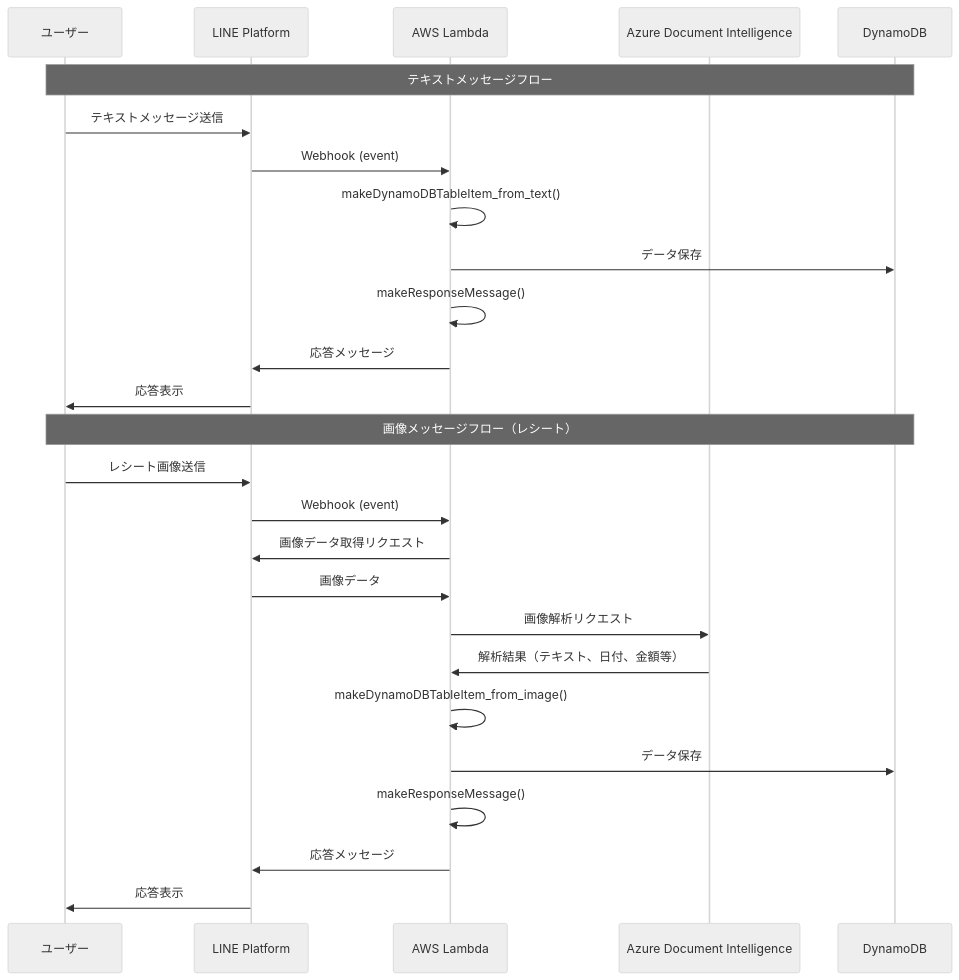
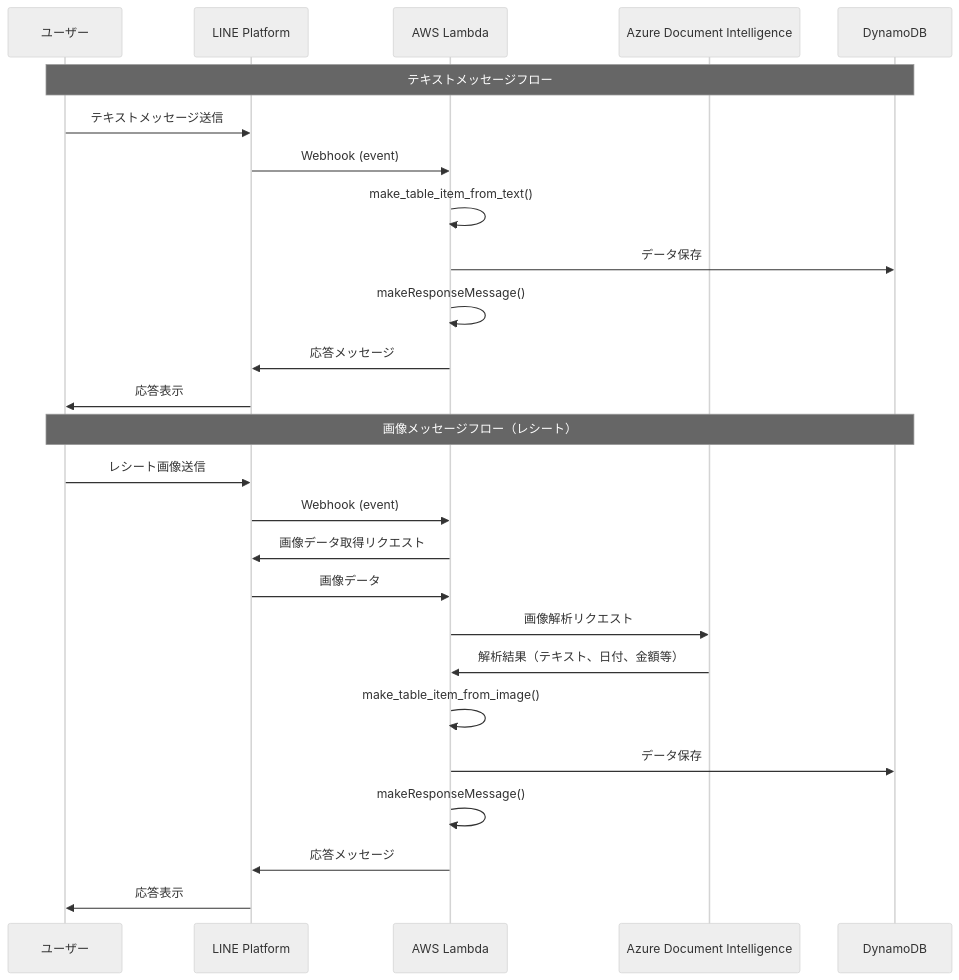
Before and after one commit to kobashin/KakeiBot: the first of 2 diagrams in README.md, drawn with Mermaid (neutral theme). The commit also changed other lines of this file, not shown here.

Commit message:
READMEを微調整

````diff
--- a/README.md
+++ b/README.md
@@ -24,30 +24,30 @@
 ```mermaid
 sequenceDiagram
     participant User as ユーザー
     participant LINE as LINE Platform
     participant Lambda as AWS Lambda
     participant Azure as Azure Document Intelligence
     participant DynamoDB as DynamoDB
 
     Note over User,DynamoDB: テキストメッセージフロー
     User->>LINE: テキストメッセージ送信
     LINE->>Lambda: Webhook (event)
-    Lambda->>Lambda: makeDynamoDBTableItem_from_text()
+    Lambda->>Lambda: make_table_item_from_text()
     Lambda->>DynamoDB: データ保存
     Lambda->>Lambda: makeResponseMessage()
     Lambda->>LINE: 応答メッセージ
     LINE->>User: 応答表示
 
     Note over User,DynamoDB: 画像メッセージフロー（レシート）
     User->>LINE: レシート画像送信
     LINE->>Lambda: Webhook (event)
     Lambda->>LINE: 画像データ取得リクエスト
     LINE->>Lambda: 画像データ
     Lambda->>Azure: 画像解析リクエスト
     Azure->>Lambda: 解析結果（テキスト、日付、金額等）
-    Lambda->>Lambda: makeDynamoDBTableItem_from_image()
+    Lambda->>Lambda: make_table_item_from_image()
     Lambda->>DynamoDB: データ保存
     Lambda->>Lambda: makeResponseMessage()
     Lambda->>LINE: 応答メッセージ
     LINE->>User: 応答表示
 ```
````
